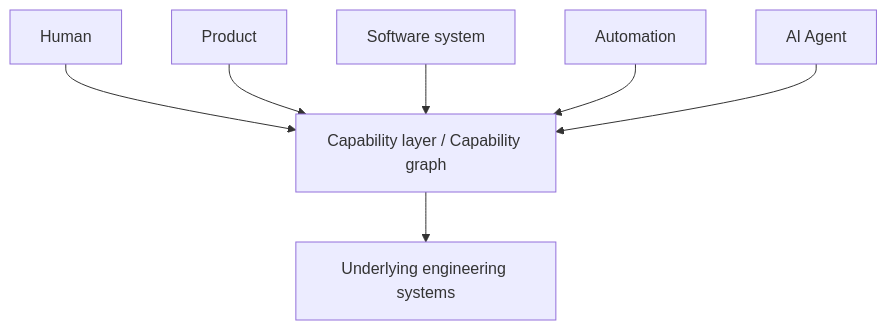
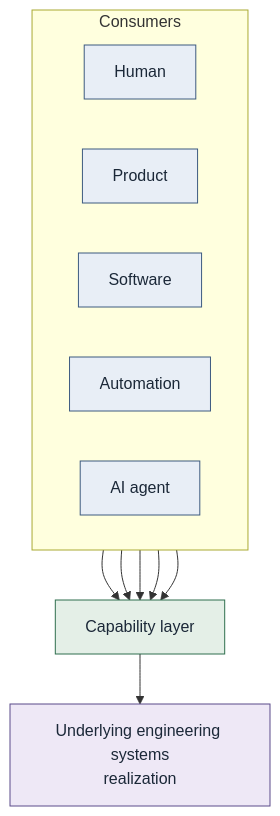
Before and after one commit to opsdevcode/convergence: the diagram in diagrams/capability-consumers.md, drawn with Mermaid. The commit also changed other lines of this file and 25 other files, not shown here.

First line of the commit message:
docs: improve mermaid diagrams and page layout

````diff
--- a/diagrams/capability-consumers.md
+++ b/diagrams/capability-consumers.md
@@ -7,19 +6,25 @@
 ```mermaid
 flowchart TB
-  Human["Human"]
-  Product["Product"]
-  Soft["Software system"]
-  Auto["Automation"]
-  Agent["AI Agent"]
+  subgraph consumers["Consumers"]
+    direction LR
+    Human["Human"]:::actor
+    Product["Product"]:::actor
+    Soft["Software"]:::actor
+    Auto["Automation"]:::actor
+    Agent["AI agent"]:::actor
+  end
 
-  Graph["Capability layer / Capability graph"]
-
-  Systems["Underlying engineering systems"]
+  Graph["Capability layer"]:::cap
+  Systems["Underlying engineering systems<br/>realization"]:::real
 
   Human --> Graph
   Product --> Graph
   Soft --> Graph
   Auto --> Graph
   Agent --> Graph
   Graph --> Systems
+
+  classDef actor fill:#E8EEF6,stroke:#3D5A80,color:#1B2838
+  classDef cap fill:#E4EFE7,stroke:#2F6F4E,color:#1B2838
+  classDef real fill:#EEE8F6,stroke:#5B4B8A,color:#1B2838
 ```
````
